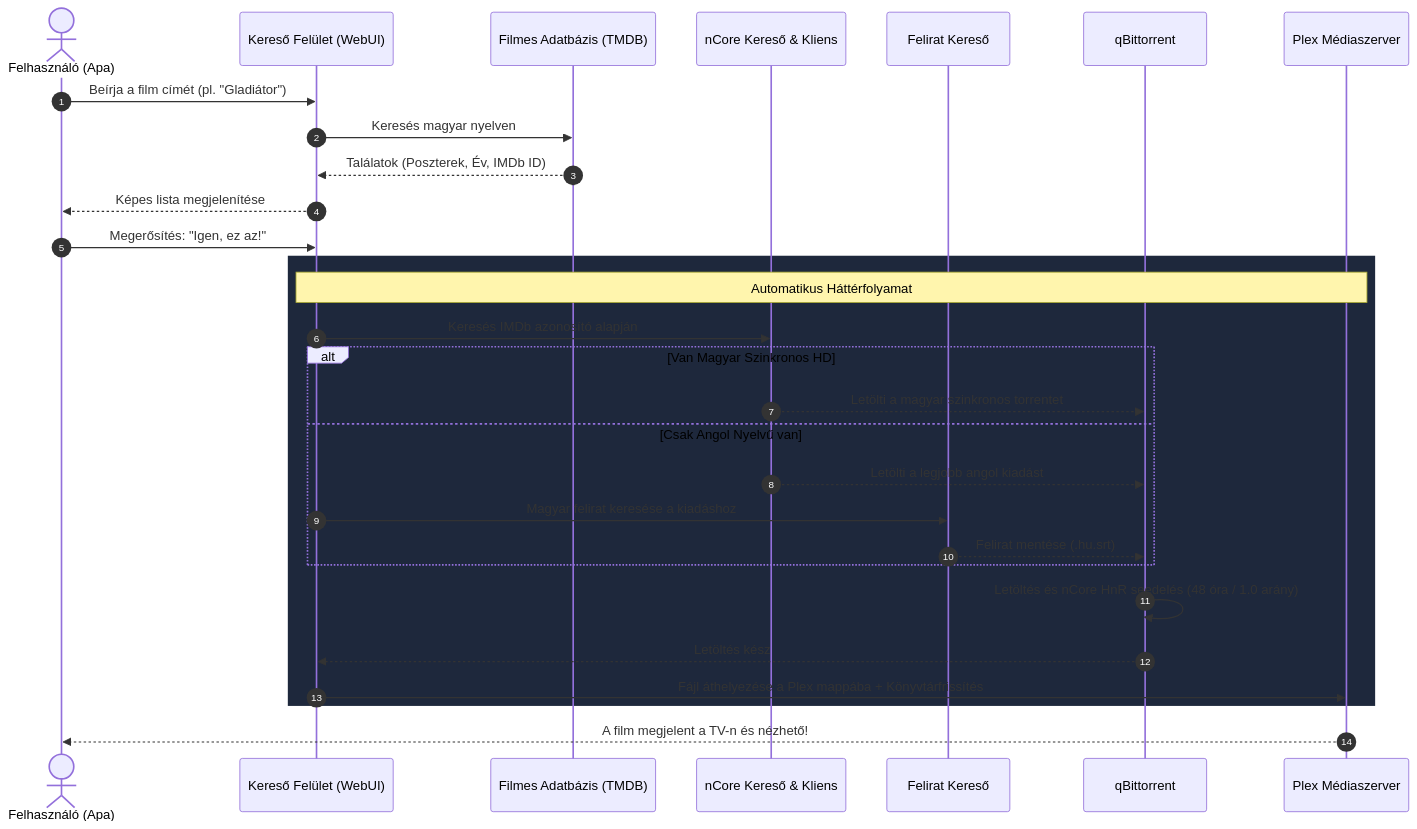
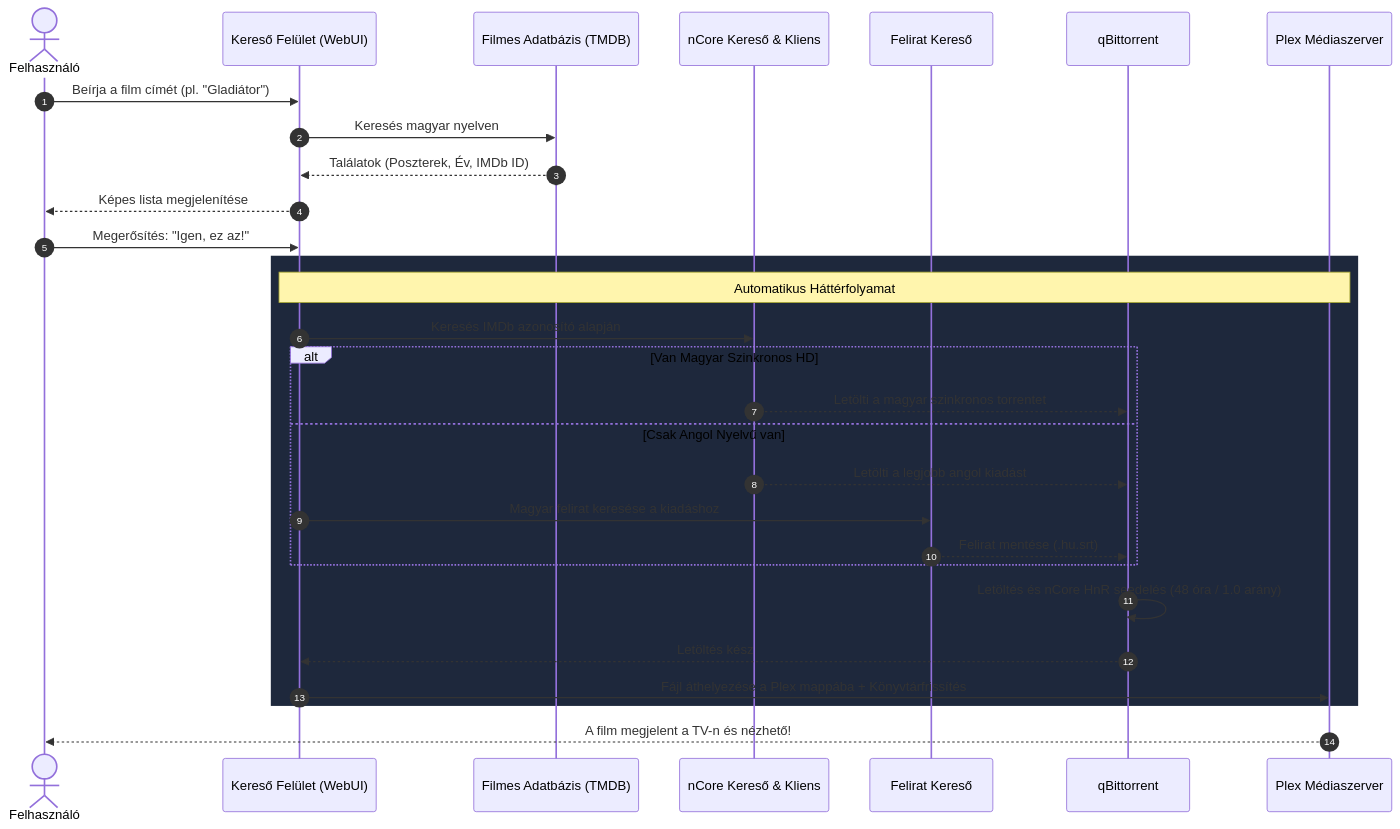
Before and after one commit to Gyuri125/ncore-plex-downloader: the diagram in README.md, drawn with Mermaid. The commit also changed other lines of this file and 6 other files, not shown here.

````diff
--- a/README.md
+++ b/README.md
@@ -48,34 +48,34 @@
 ```mermaid
 sequenceDiagram
     autonumber
-    actor Apa as Felhasználó (Apa)
+    actor Felhasznalo as Felhasználó
     participant UI as Kereső Felület (WebUI)
     participant TMDB as Filmes Adatbázis (TMDB)
     participant nCore as nCore Kereső & Kliens
     participant Sub as Felirat Kereső
     participant Torrent as qBittorrent
     participant Plex as Plex Médiaszerver
 
-    Apa->>UI: Beírja a film címét (pl. "Gladiátor")
+    Felhasznalo->>UI: Beírja a film címét (pl. "Gladiátor")
     UI->>TMDB: Keresés magyar nyelven
     TMDB-->>UI: Találatok (Poszterek, Év, IMDb ID)
-    UI-->>Apa: Képes lista megjelenítése
-    Apa->>UI: Megerősítés: "Igen, ez az!"
+    UI-->>Felhasznalo: Képes lista megjelenítése
+    Felhasznalo->>UI: Megerősítés: "Igen, ez az!"
     
     rect rgb(30, 40, 60)
         Note over UI,Plex: Automatikus Háttérfolyamat
         UI->>nCore: Keresés IMDb azonosító alapján
         alt Van Magyar Szinkronos HD
             nCore-->>Torrent: Letölti a magyar szinkronos torrentet
         else Csak Angol Nyelvű van
             nCore-->>Torrent: Letölti a legjobb angol kiadást
             UI->>Sub: Magyar felirat keresése a kiadáshoz
             Sub-->>Torrent: Felirat mentése (.hu.srt)
         end
         Torrent->>Torrent: Letöltés és nCore HnR seedelés (48 óra / 1.0 arány)
         Torrent-->>UI: Letöltés kész
         UI->>Plex: Fájl áthelyezése a Plex mappába + Könyvtárfrissítés
     end
 
-    Plex-->>Apa: A film megjelent a TV-n és nézhető!
+    Plex-->>Felhasznalo: A film megjelent a TV-n és nézhető!
 ```
````
